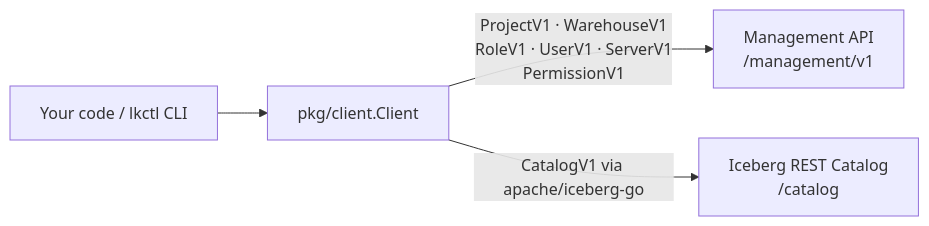
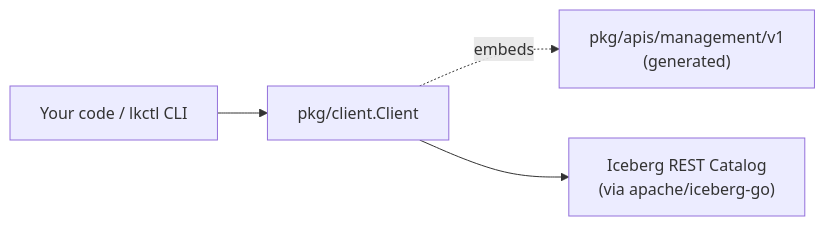
One commit to lakekeeper/go-lakekeeper changed the diagram in README.md. Above: the diagram before and after it, drawn with Mermaid. The commit also changed other lines of this file and 644 other files, not shown here.

First line of the commit message:
feat!: replace hand-written Management API with codegen output (#7)

````diff
--- a/README.md
+++ b/README.md
@@ -12,11 +13,11 @@
 ```mermaid
 graph LR
     APP["Your code / lkctl CLI"]
     CLIENT["pkg/client.Client"]
-    MGMT["Management API\n/management/v1"]
-    CAT["Iceberg REST Catalog\n/catalog"]
+    GEN["pkg/apis/management/v1<br/>(generated)"]
+    CAT["Iceberg REST Catalog<br/>(via apache/iceberg-go)"]
 
     APP --> CLIENT
-    CLIENT -->|"ProjectV1 · WarehouseV1\nRoleV1 · UserV1 · ServerV1\nPermissionV1"| MGMT
-    CLIENT -->|"CatalogV1 via apache/iceberg-go"| CAT
+    CLIENT -.->|embeds| GEN
+    CLIENT --> CAT
 ```
````
